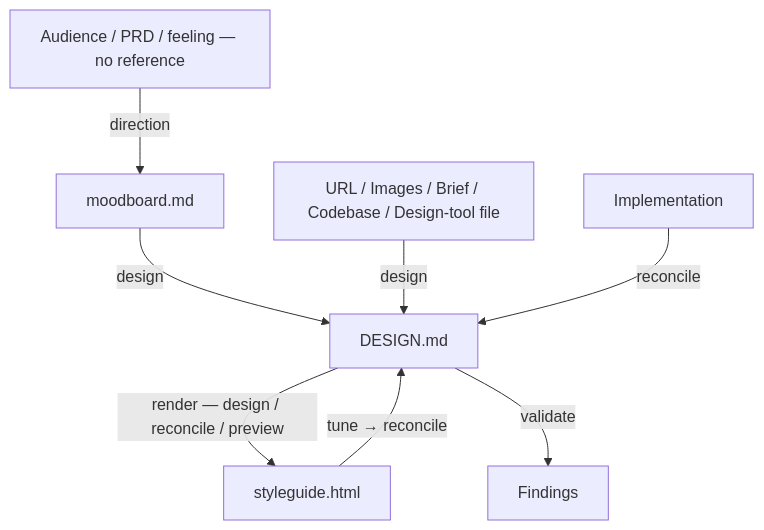
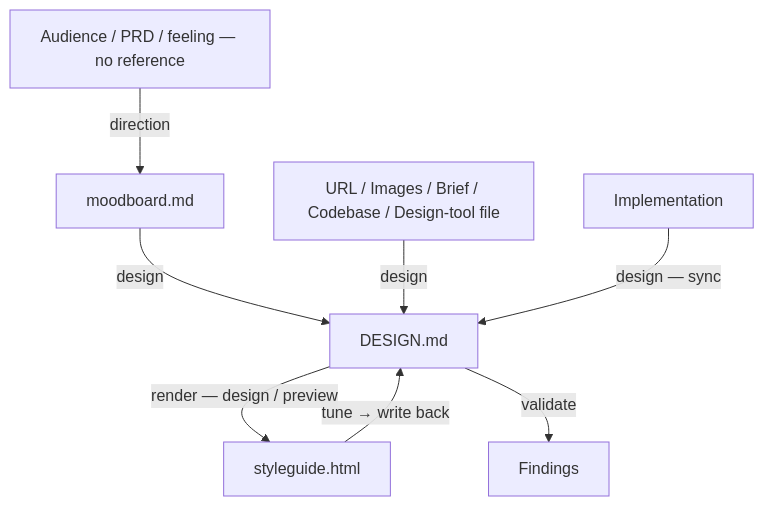
One commit to adeonir/agent-skills changed the diagram in skills/product/design-brief/README.md. Above: the diagram before and after it, drawn with Mermaid. The commit also changed other lines of this file and 8 other files, not shown here.

First line of the commit message:
refactor(design-brief): dissolve reconcile into design sync and preview write-back

````diff
--- a/skills/product/design-brief/README.md
+++ b/skills/product/design-brief/README.md
@@ -7,10 +7,10 @@
 ```mermaid
 flowchart TD
     Brief[Audience / PRD / feeling — no reference] -->|direction| MB[moodboard.md]
     MB -->|design| B2[DESIGN.md]
     A[URL / Images / Brief / Codebase / Design-tool file] -->|design| B2
-    B2 -->|render — design / reconcile / preview| SG[styleguide.html]
-    SG -->|tune → reconcile| B2
+    B2 -->|render — design / preview| SG[styleguide.html]
+    SG -->|tune → write back| B2
     B2 -->|validate| V[Findings]
-    Impl[Implementation] -->|reconcile| B2
+    Impl[Implementation] -->|design — sync| B2
 ```
````
